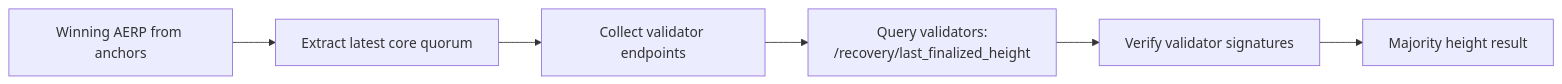
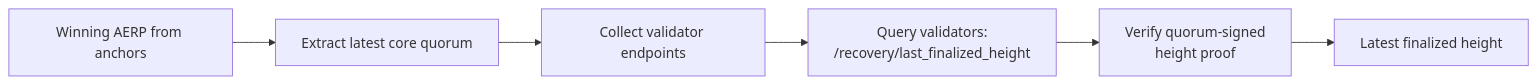
Before and after one commit to ModulrCloud/modulr-core: the sixth of 9 diagrams in wiki/recovery_description.md, drawn with Mermaid. The commit also changed other lines of this file and 1 other file, not shown here.

````diff
--- a/wiki/recovery_description.md
+++ b/wiki/recovery_description.md
@@ -134,11 +134,11 @@
 ```mermaid
 flowchart LR
     A["Winning AERP from anchors"]
     B["Extract latest core quorum"]
     C["Collect validator endpoints"]
     D["Query validators:<br/>/recovery/last_finalized_height"]
-    E["Verify validator signatures"]
-    F["Majority height result"]
+    E["Verify quorum-signed<br/>height proof"]
+    F["Latest finalized height"]
 
     A --> B --> C --> D --> E --> F
 ```
````
